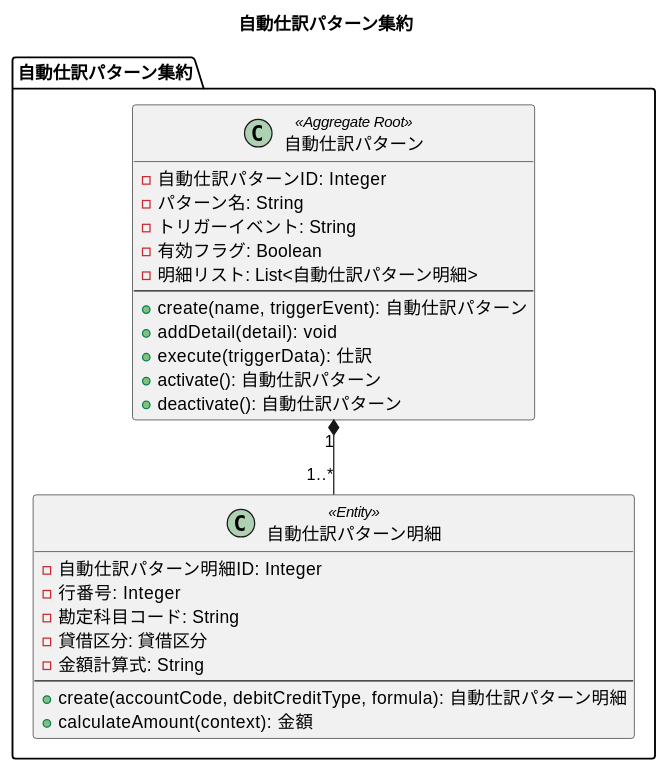
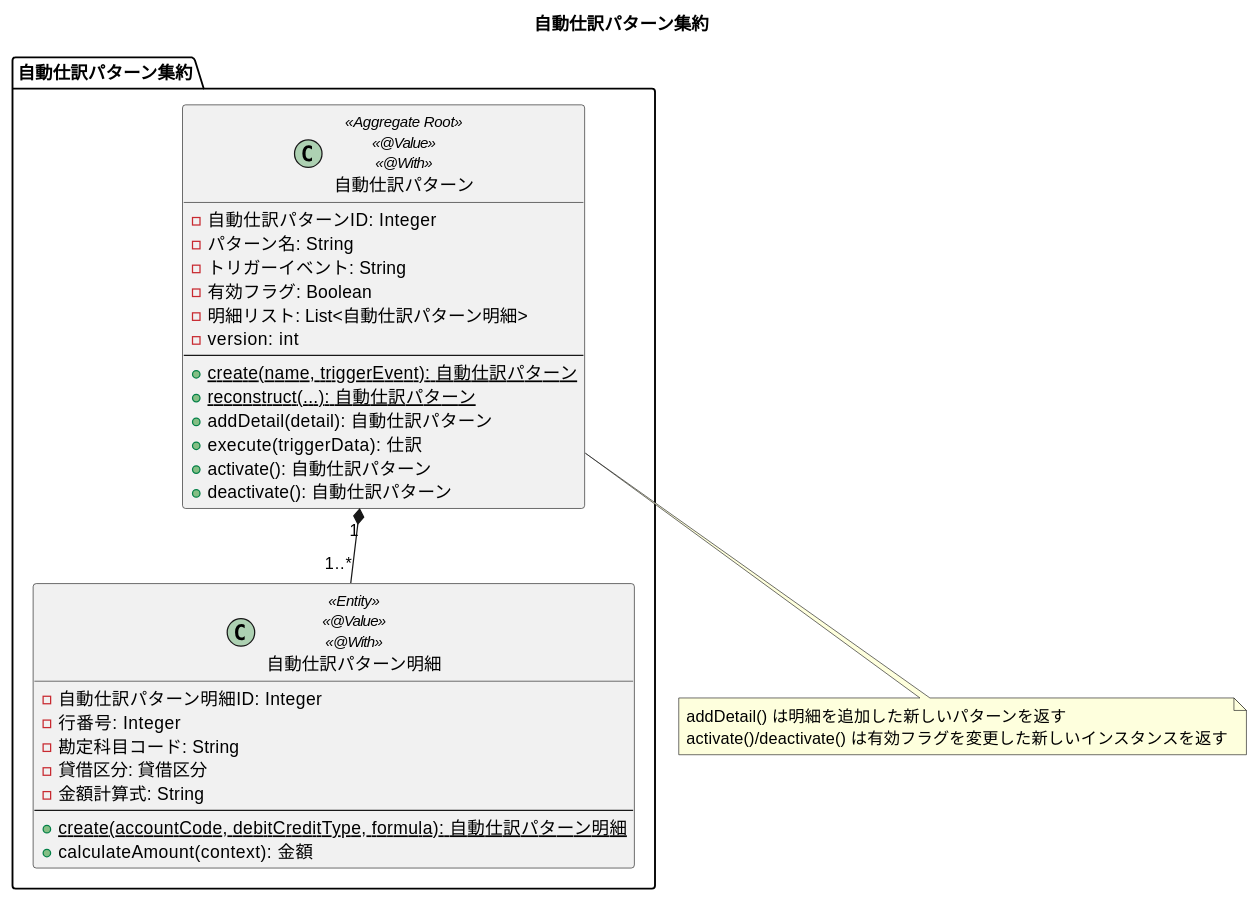
Diagram 13 of 26 in docs/design/domain-model.md (k2works/case-study-accounting), drawn with PlantUML before and after one commit. The commit also changed other lines of this file and 1 other file, not shown here.

First line of the commit message:
docs: エンティティ設計を @Value と @With によるイミュータブル設計に更新

````diff
--- a/docs/design/domain-model.md
+++ b/docs/design/domain-model.md
@@ -437,35 +634,42 @@
 ```plantuml
 @startuml
 title 自動仕訳パターン集約
 
 package "自動仕訳パターン集約" {
-  class 自動仕訳パターン <<Aggregate Root>> {
+  class 自動仕訳パターン <<Aggregate Root>> <<@Value>> <<@With>> {
     - 自動仕訳パターンID: Integer
     - パターン名: String
     - トリガーイベント: String
     - 有効フラグ: Boolean
     - 明細リスト: List<自動仕訳パターン明細>
+    - version: int
     --
-    + create(name, triggerEvent): 自動仕訳パターン
-    + addDetail(detail): void
+    + {static} create(name, triggerEvent): 自動仕訳パターン
+    + {static} reconstruct(...): 自動仕訳パターン
+    + addDetail(detail): 自動仕訳パターン
     + execute(triggerData): 仕訳
     + activate(): 自動仕訳パターン
     + deactivate(): 自動仕訳パターン
   }
 
-  class 自動仕訳パターン明細 <<Entity>> {
+  class 自動仕訳パターン明細 <<Entity>> <<@Value>> <<@With>> {
     - 自動仕訳パターン明細ID: Integer
     - 行番号: Integer
     - 勘定科目コード: String
     - 貸借区分: 貸借区分
     - 金額計算式: String
     --
-    + create(accountCode, debitCreditType, formula): 自動仕訳パターン明細
+    + {static} create(accountCode, debitCreditType, formula): 自動仕訳パターン明細
     + calculateAmount(context): 金額
   }
 
   自動仕訳パターン "1" *-- "1..*" 自動仕訳パターン明細
 }
 
+note bottom of 自動仕訳パターン
+  addDetail() は明細を追加した新しいパターンを返す
+  activate()/deactivate() は有効フラグを変更した新しいインスタンスを返す
+end note
+
 @enduml
 ```
````
